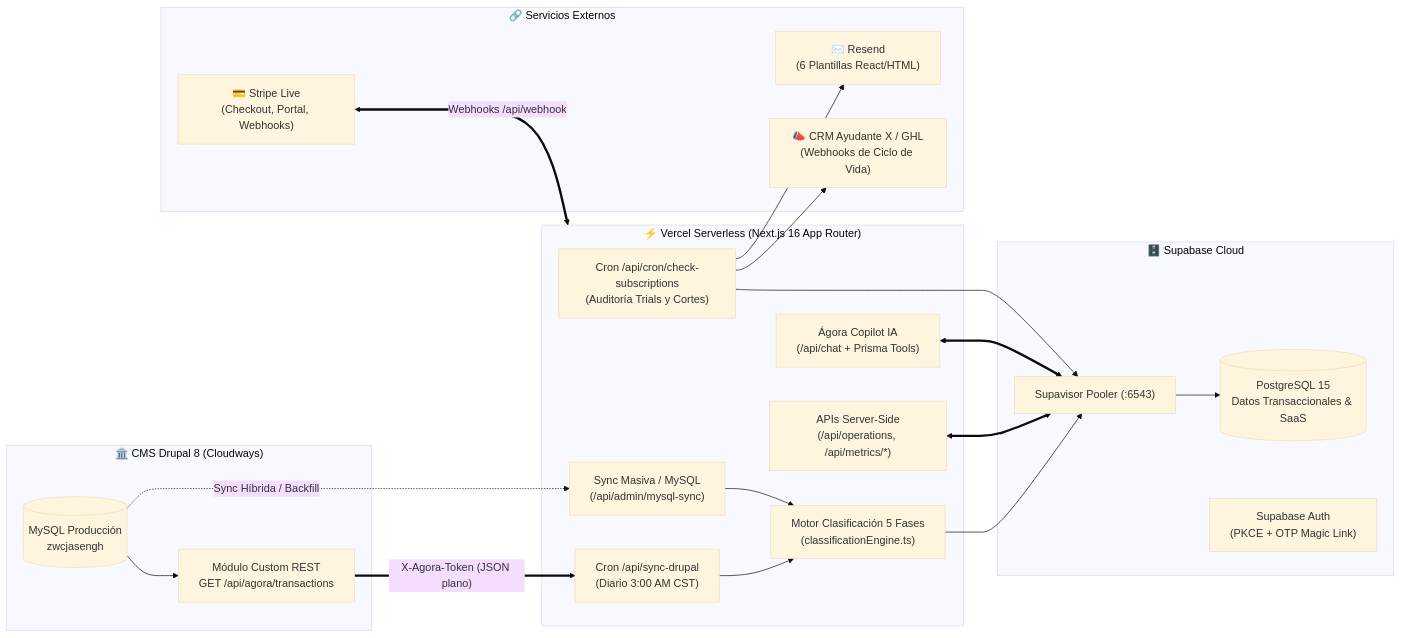
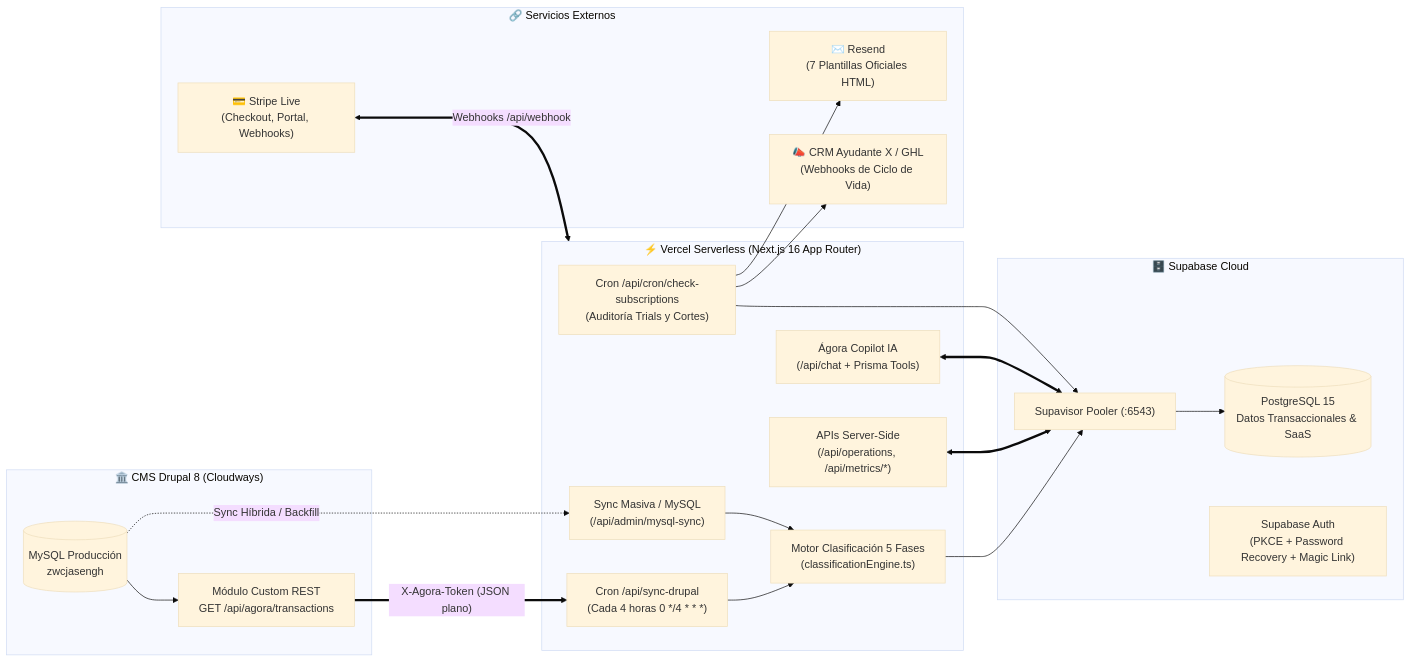
Before and after one commit to mov1datc1/agora_saas_plus: the first of 2 diagrams in docs/01_ARQUITECTURA_SOLUCION_AGORA_PLUS.md, drawn with Mermaid (base theme). The commit also changed other lines of this file and 1 other file, not shown here.

Commit message:
docs: bump version to v5.11.4 in README and architecture specs

````diff
--- a/docs/01_ARQUITECTURA_SOLUCION_AGORA_PLUS.md
+++ b/docs/01_ARQUITECTURA_SOLUCION_AGORA_PLUS.md
@@ -14,41 +14,41 @@
 ```mermaid
 flowchart LR
     subgraph DrupalCMS ["🏛️ CMS Drupal 8 (Cloudways)"]
         MySQL[("MySQL Producción\nzwcjasengh")]
         AgoraAPI["Módulo Custom REST\nGET /api/agora/transactions"]
         MySQL --> AgoraAPI
     end
 
     subgraph VercelEdge ["⚡ Vercel Serverless (Next.js 16 App Router)"]
-        CronETL["Cron /api/sync-drupal\n(Diario 3:00 AM CST)"]
+        CronETL["Cron /api/sync-drupal\n(Cada 4 horas 0 */4 * * *)"]
         AdminSync["Sync Masiva / MySQL\n(/api/admin/mysql-sync)"]
         Classifier["Motor Clasificación 5 Fases\n(classificationEngine.ts)"]
         APIRoutes["APIs Server-Side\n(/api/operations, /api/metrics/*)"]
         CronSubs["Cron /api/cron/check-subscriptions\n(Auditoría Trials y Cortes)"]
         Copilot["Ágora Copilot IA\n(/api/chat + Prisma Tools)"]
     end
 
     subgraph SupabaseCloud ["🗄️ Supabase Cloud"]
         PgBouncer["Supavisor Pooler (:6543)"]
         Postgres[("PostgreSQL 15\nDatos Transaccionales & SaaS")]
-        SupaAuth["Supabase Auth\n(PKCE + OTP Magic Link)"]
+        SupaAuth["Supabase Auth\n(PKCE + Password Recovery + Magic Link)"]
         PgBouncer --> Postgres
     end
 
     subgraph ExternalIntegrations ["🔗 Servicios Externos"]
         Stripe["💳 Stripe Live\n(Checkout, Portal, Webhooks)"]
-        Resend["✉️ Resend\n(6 Plantillas React/HTML)"]
+        Resend["✉️ Resend\n(7 Plantillas Oficiales HTML)"]
         GHL["📣 CRM Ayudante X / GHL\n(Webhooks de Ciclo de Vida)"]
     end
 
     AgoraAPI ==>|"X-Agora-Token (JSON plano)"| CronETL
     MySQL -.->|"Sync Híbrida / Backfill"| AdminSync
     CronETL --> Classifier --> PgBouncer
     AdminSync --> Classifier
     APIRoutes <==> PgBouncer
     Copilot <==> PgBouncer
     CronSubs --> PgBouncer
     CronSubs --> Resend
     CronSubs --> GHL
     Stripe <==>|"Webhooks /api/webhook"| VercelEdge
 ```
````
